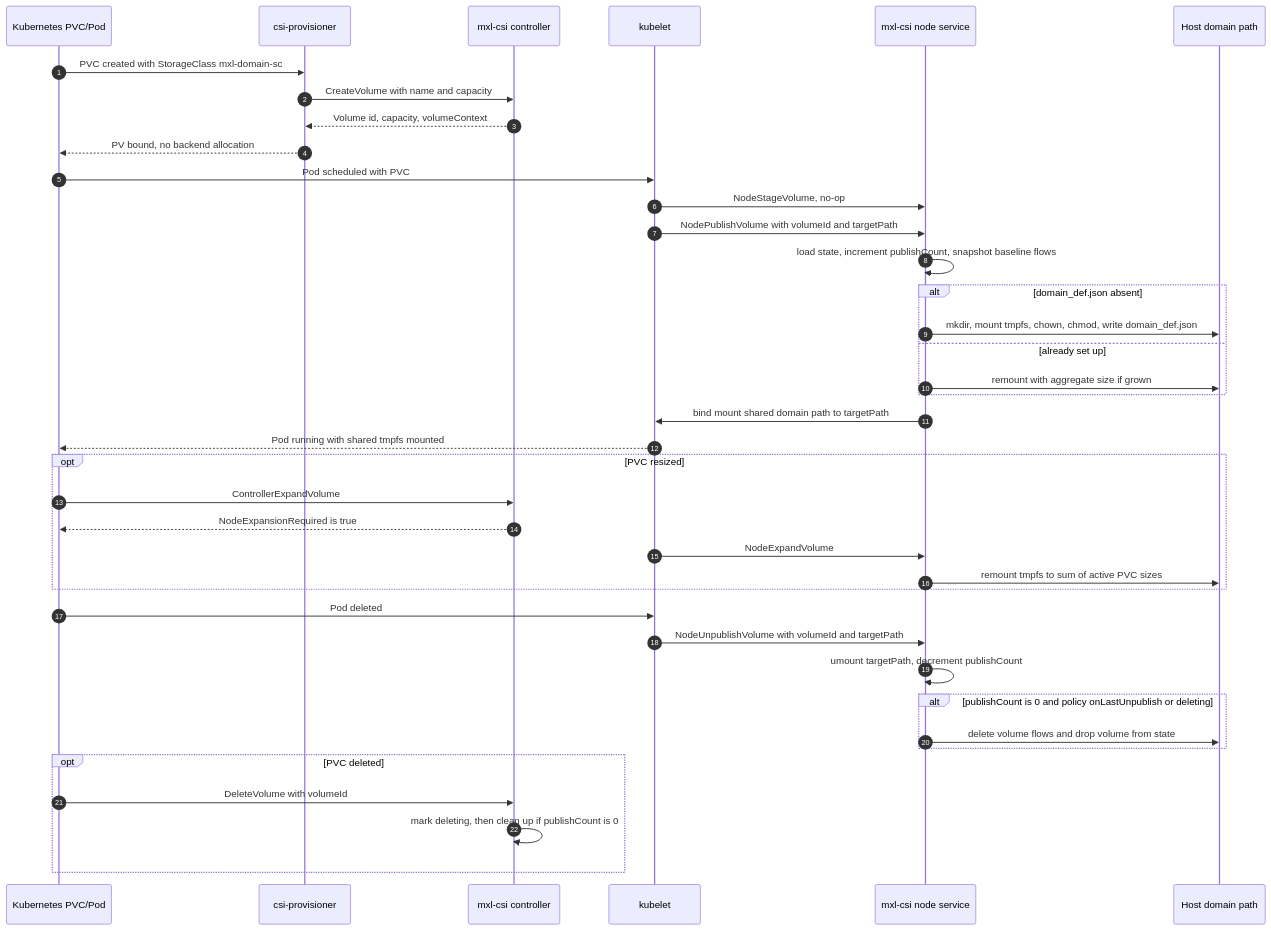
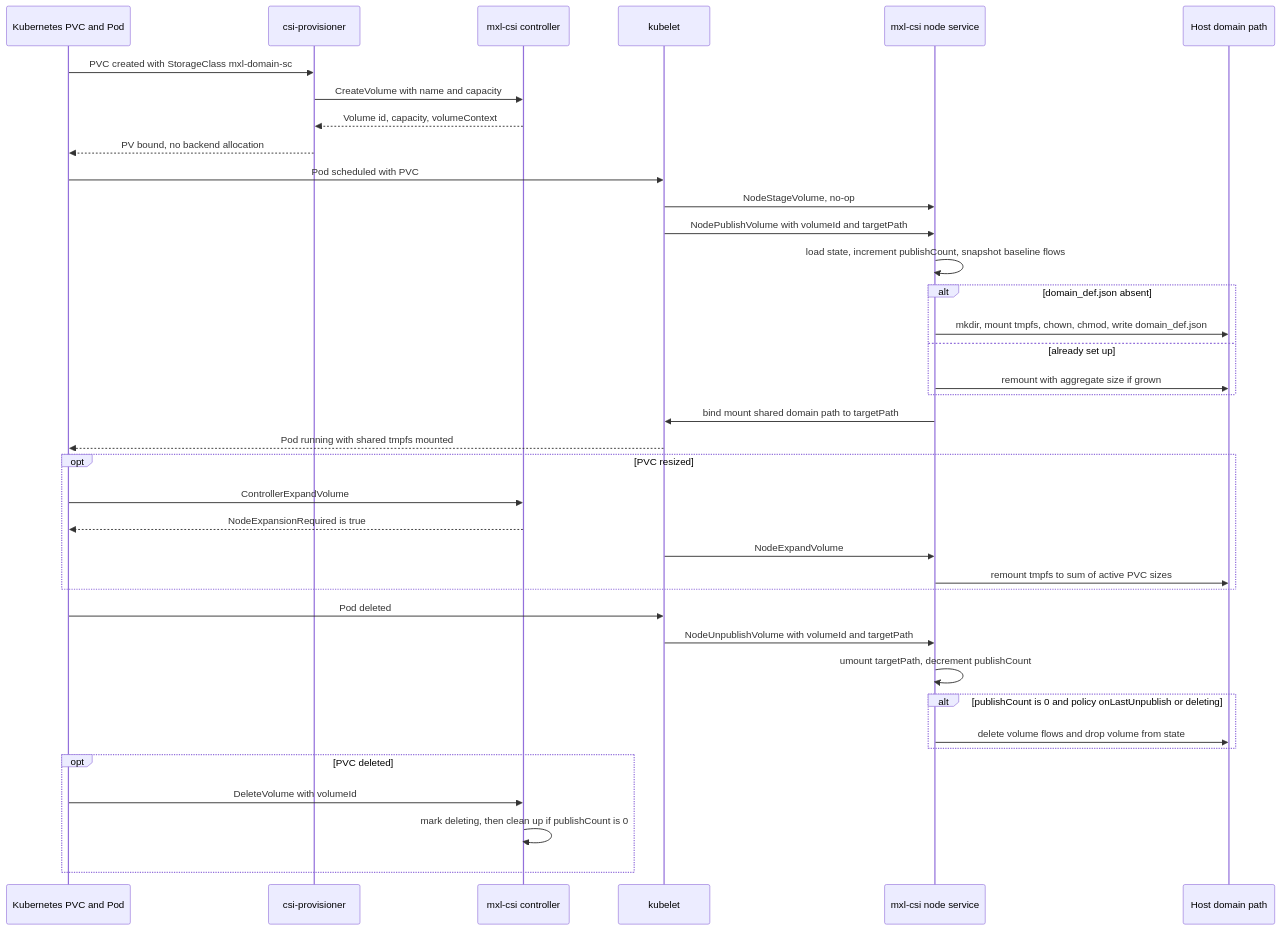
The second of 2 diagrams in README.md (cbcrc/mxl-csi), drawn with Mermaid before and after one commit. The commit also changed other lines of this file, not shown here.

````diff
--- a/README.md
+++ b/README.md
@@ -73,46 +59,45 @@
 ```mermaid
 sequenceDiagram
-    autonumber
-    participant K8s as Kubernetes PVC/Pod
-    participant Prov as csi-provisioner
-    participant Ctrl as mxl-csi controller
-    participant Kubelet as kubelet
-    participant Node as mxl-csi node service
-    participant Host as Host domain path
+    participant K8S as Kubernetes PVC and Pod
+    participant PROV as csi-provisioner
+    participant CTRL as mxl-csi controller
+    participant KUBELET as kubelet
+    participant CSI as mxl-csi node service
+    participant HOST as Host domain path
 
-    K8s->>Prov: PVC created with StorageClass mxl-domain-sc
-    Prov->>Ctrl: CreateVolume with name and capacity
-    Ctrl-->>Prov: Volume id, capacity, volumeContext
-    Prov-->>K8s: PV bound, no backend allocation
+    K8S->>PROV: PVC created with StorageClass mxl-domain-sc
+    PROV->>CTRL: CreateVolume with name and capacity
+    CTRL-->>PROV: Volume id, capacity, volumeContext
+    PROV-->>K8S: PV bound, no backend allocation
 
-    K8s->>Kubelet: Pod scheduled with PVC
-    Kubelet->>Node: NodeStageVolume, no-op
-    Kubelet->>Node: NodePublishVolume with volumeId and targetPath
-    Node->>Node: load state, increment publishCount, snapshot baseline flows
+    K8S->>KUBELET: Pod scheduled with PVC
+    KUBELET->>CSI: NodeStageVolume, no-op
+    KUBELET->>CSI: NodePublishVolume with volumeId and targetPath
+    CSI->>CSI: load state, increment publishCount, snapshot baseline flows
     alt domain_def.json absent
-        Node->>Host: mkdir, mount tmpfs, chown, chmod, write domain_def.json
+        CSI->>HOST: mkdir, mount tmpfs, chown, chmod, write domain_def.json
     else already set up
-        Node->>Host: remount with aggregate size if grown
+        CSI->>HOST: remount with aggregate size if grown
     end
-    Node->>Kubelet: bind mount shared domain path to targetPath
-    Kubelet-->>K8s: Pod running with shared tmpfs mounted
+    CSI->>KUBELET: bind mount shared domain path to targetPath
+    KUBELET-->>K8S: Pod running with shared tmpfs mounted
 
     opt PVC resized
-        K8s->>Ctrl: ControllerExpandVolume
-        Ctrl-->>K8s: NodeExpansionRequired is true
-        Kubelet->>Node: NodeExpandVolume
-        Node->>Host: remount tmpfs to sum of active PVC sizes
+        K8S->>CTRL: ControllerExpandVolume
+        CTRL-->>K8S: NodeExpansionRequired is true
+        KUBELET->>CSI: NodeExpandVolume
+        CSI->>HOST: remount tmpfs to sum of active PVC sizes
     end
 
-    K8s->>Kubelet: Pod deleted
-    Kubelet->>Node: NodeUnpublishVolume with volumeId and targetPath
-    Node->>Node: umount targetPath, decrement publishCount
+    K8S->>KUBELET: Pod deleted
+    KUBELET->>CSI: NodeUnpublishVolume with volumeId and targetPath
+    CSI->>CSI: umount targetPath, decrement publishCount
     alt publishCount is 0 and policy onLastUnpublish or deleting
-        Node->>Host: delete volume flows and drop volume from state
+        CSI->>HOST: delete volume flows and drop volume from state
     end
 
     opt PVC deleted
-        K8s->>Ctrl: DeleteVolume with volumeId
-        Ctrl->>Ctrl: mark deleting, then clean up if publishCount is 0
+        K8S->>CTRL: DeleteVolume with volumeId
+        CTRL->>CTRL: mark deleting, then clean up if publishCount is 0
     end
 ```
````
